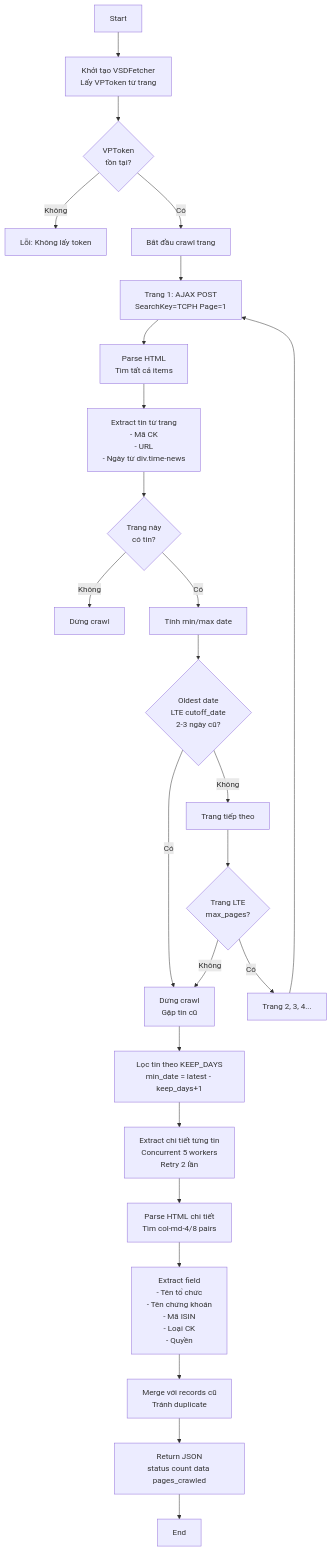
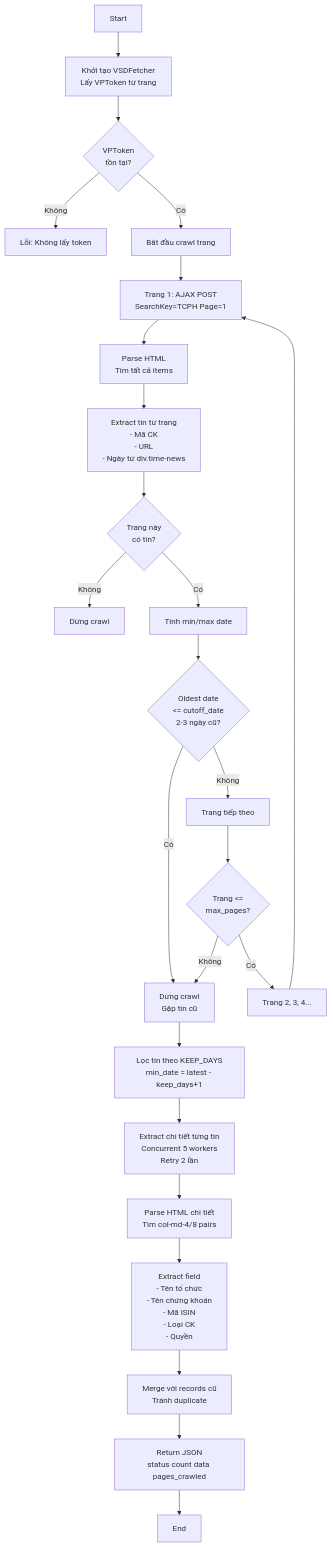
One commit to doanhieu1986/vps-automation-vhck changed the first of 5 diagrams in FETCH_VSD_LOGIC.md. Above: the diagram before and after it, drawn with Mermaid. The commit also changed other lines of this file, not shown here.

````diff
--- a/FETCH_VSD_LOGIC.md
+++ b/FETCH_VSD_LOGIC.md
@@ -23,38 +23,38 @@
 ```mermaid
 flowchart TD
     A["Start"] --> B["Khởi tạo VSDFetcher<br/>Lấy VPToken từ trang"]
     B --> C{VPToken<br/>tồn tại?}
     C -->|Không| D["Lỗi: Không lấy token"]
     C -->|Có| E["Bắt đầu crawl trang"]
     
     E --> F["Trang 1: AJAX POST<br/>SearchKey=TCPH Page=1"]
     F --> G["Parse HTML<br/>Tìm tất cả items"]
     
     G --> H["Extract tin từ trang<br/>- Mã CK<br/>- URL<br/>- Ngày từ div.time-news"]
     
     H --> I{"Trang này<br/>có tin?"}
     I -->|Không| J["Dừng crawl"]
     I -->|Có| K["Tính min/max date"]
     
-    K --> L{"Oldest date<br/>LTE cutoff_date<br/>2-3 ngày cũ?"}
+    K --> L{"Oldest date<br/><= cutoff_date<br/>2-3 ngày cũ?"}
     L -->|Có| M["Dừng crawl<br/>Gặp tin cũ"]
     L -->|Không| N["Trang tiếp theo"]
     
-    N --> O{"Trang LTE<br/>max_pages?"}
+    N --> O{"Trang <=<br/>max_pages?"}
     O -->|Có| P["Trang 2, 3, 4..."]
     P --> F
     O -->|Không| M
     
     M --> Q["Lọc tin theo KEEP_DAYS<br/>min_date = latest - keep_days+1"]
     
     Q --> R["Extract chi tiết từng tin<br/>Concurrent 5 workers<br/>Retry 2 lần"]
     
     R --> S["Parse HTML chi tiết<br/>Tìm col-md-4/8 pairs"]
     
     S --> T["Extract field<br/>- Tên tổ chức<br/>- Tên chứng khoán<br/>- Mã ISIN<br/>- Loại CK<br/>- Quyền"]
     
     T --> U["Merge với records cũ<br/>Tránh duplicate"]
     
     U --> V["Return JSON<br/>status count data pages_crawled"]
     V --> W["End"]
 ```
````
